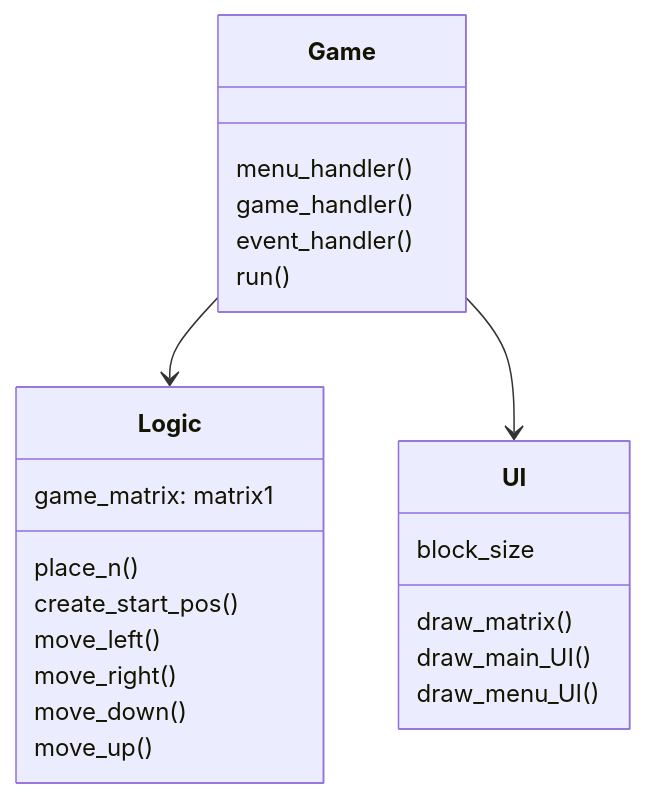
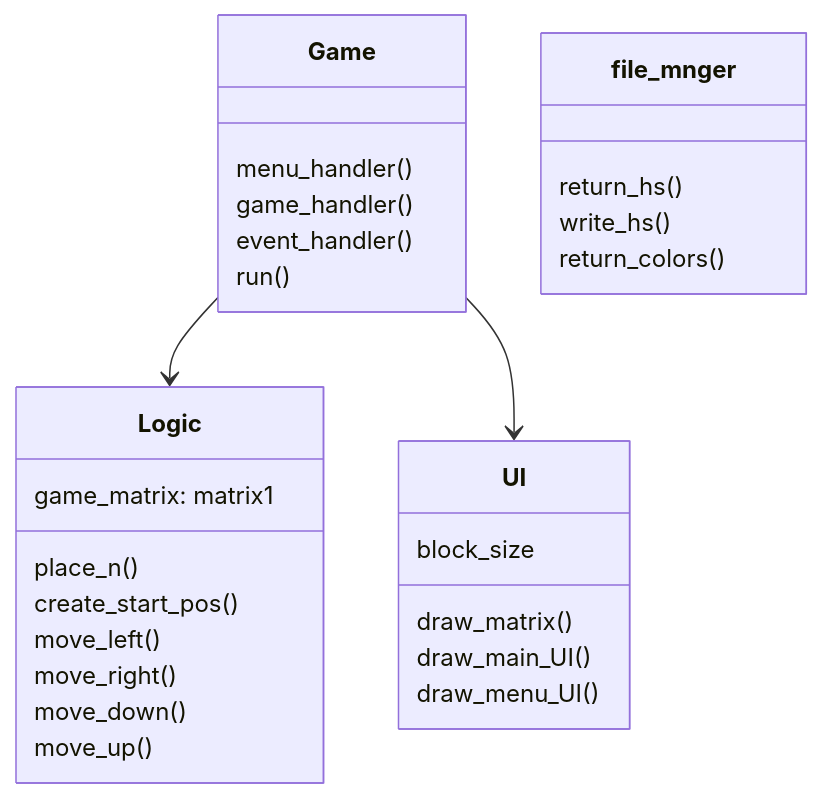
The second of 2 diagrams in Dokumentaatio/arkkitehtuuri.md (Jusq17/ot-harjoitustyo), drawn with Mermaid before and after one commit. The commit also changed other lines of this file, not shown here.

````diff
--- a/Dokumentaatio/arkkitehtuuri.md
+++ b/Dokumentaatio/arkkitehtuuri.md
@@ -72,33 +77,39 @@
 ```mermaid
 
   classDiagram
   
   Game --> Logic
   Game --> UI
   
   class Game{
      menu_handler()
      game_handler()
      event_handler()
      run()
   }
   
   class Logic{
     game_matrix: matrix1
     
     place_n()
     create_start_pos()
     move_left()
     move_right()
     move_down()
     move_up()
   }
   
   class UI{
     block_size
     draw_matrix()
     draw_main_UI()
     draw_menu_UI()
   }
+  
+  class file_mnger{
+    return_hs()
+    write_hs()
+    return_colors()
+  }
 
 ```
````
